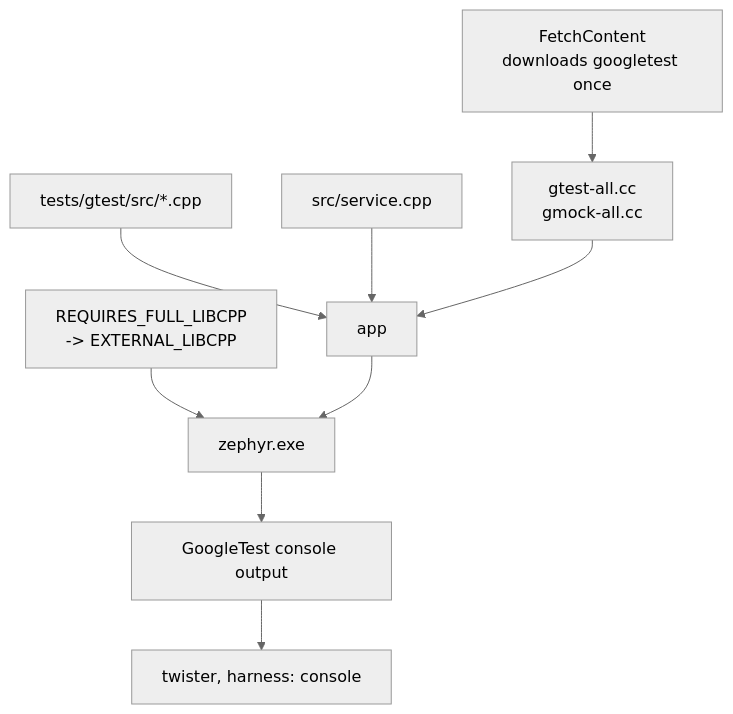
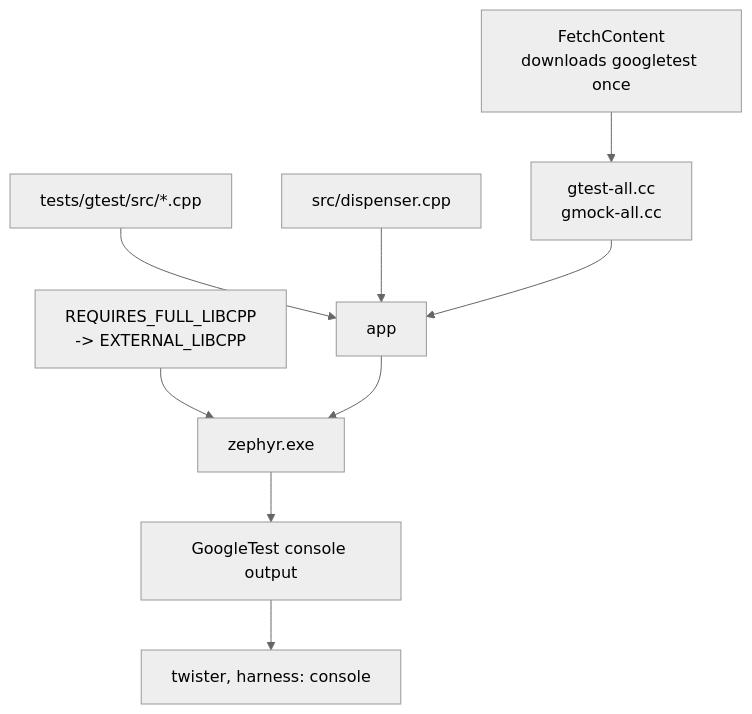
The diagram in apps/09-gtest-gmock/README.md (royyandzakiy/zephyr-testing-workshop), drawn with Mermaid (neutral theme) before and after one commit. The commit also changed other lines of this file and 53 other files, not shown here.

````diff
--- a/apps/09-gtest-gmock/README.md
+++ b/apps/09-gtest-gmock/README.md
@@ -138,15 +142,15 @@
 ```mermaid
 flowchart TD
     fc["FetchContent<br/>downloads googletest once"]
     fc --> src["gtest-all.cc<br/>gmock-all.cc"]
 
     tests["tests/gtest/src/*.cpp"] --> app["app"]
-    svc["src/service.cpp"] --> app
+    svc["src/dispenser.cpp"] --> app
     src --> app
 
     kcfg["REQUIRES_FULL_LIBCPP<br/>-> EXTERNAL_LIBCPP"] --> img["zephyr.exe"]
     app --> img
 
     img --> out["GoogleTest console output"]
     out --> tw["twister, harness: console"]
 ```
````
